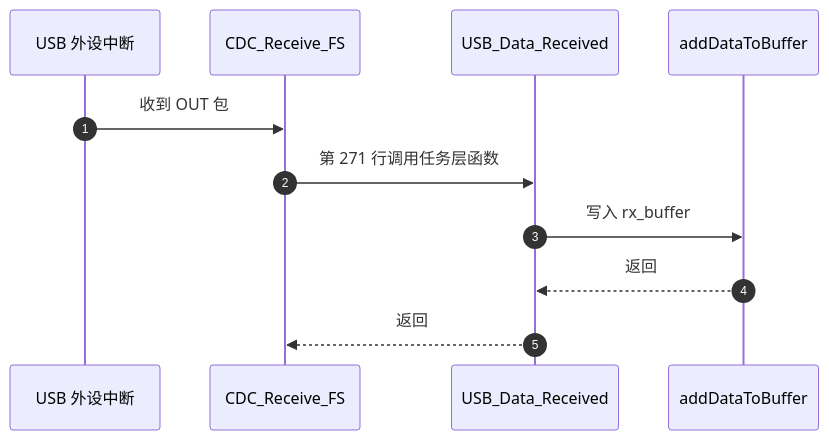
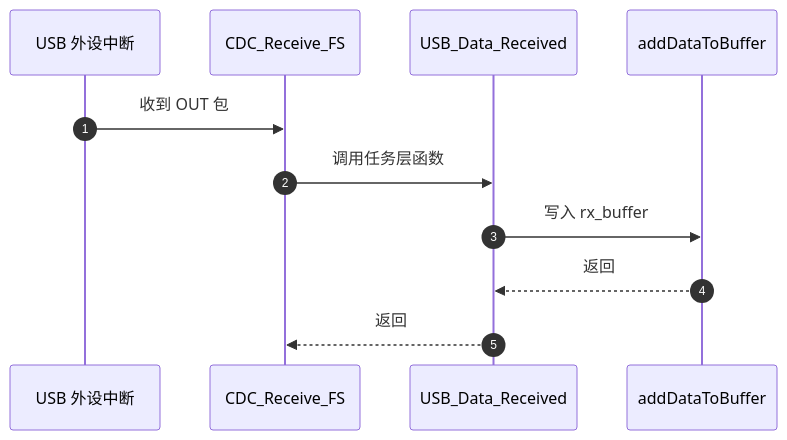
Before and after one commit to TC635807/TC63PersonalWebsite: the second of 3 diagrams in docs/09-嵌入式软件架构/01-分层架构/03-易错点与调试.md, drawn with Mermaid. The commit also changed other lines of this file and 563 other files, not shown here.

````diff
--- a/docs/09-嵌入式软件架构/01-分层架构/03-易错点与调试.md
+++ b/docs/09-嵌入式软件架构/01-分层架构/03-易错点与调试.md
@@ -87,13 +117,13 @@
 ```mermaid
 sequenceDiagram
   autonumber
   participant HW as USB 外设中断
   participant CDC as CDC_Receive_FS
   participant T as USB_Data_Received
   participant B as addDataToBuffer
   HW->>CDC: 收到 OUT 包
-  CDC->>T: 第 271 行调用任务层函数
+  CDC->>T: 调用任务层函数
   T->>B: 写入 rx_buffer
   B-->>T: 返回
   T-->>CDC: 返回
 ```
````
